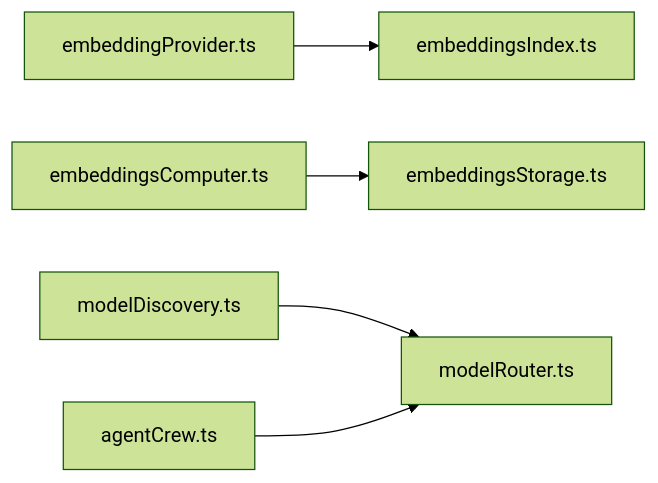
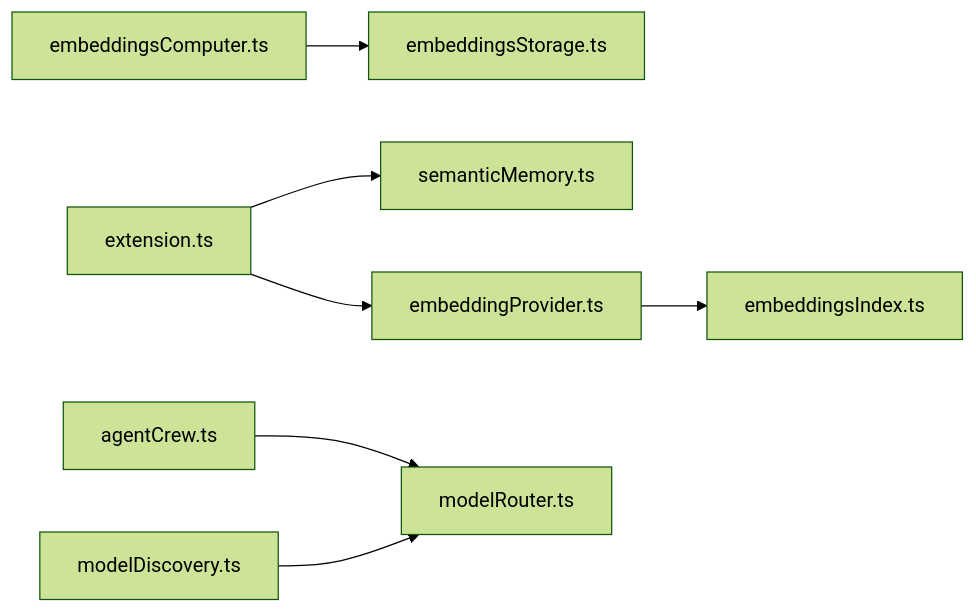
One commit to sofate798/KodrixCode changed the tenth of 10 diagrams in .qoder/repowiki/zh/content/架构设计/代码库智能架构/嵌入模型系统.md. Above: the diagram before and after it, drawn with Mermaid (forest theme). The commit also changed other lines of this file and 12 other files, not shown here.

````diff
--- a/.qoder/repowiki/zh/content/架构设计/代码库智能架构/嵌入模型系统.md
+++ b/.qoder/repowiki/zh/content/架构设计/代码库智能架构/嵌入模型系统.md
@@ -354,7 +421,9 @@
 ```mermaid
 graph LR
 EP["embeddingProvider.ts"] --> EI["embeddingsIndex.ts"]
 EC["embeddingsComputer.ts"] --> ES["embeddingsStorage.ts"]
 MD["modelDiscovery.ts"] --> MR["modelRouter.ts"]
 AC["agentCrew.ts"] --> MR
+EXT["extension.ts"] --> EP
+EXT --> SM["semanticMemory.ts"]
 ```
````
